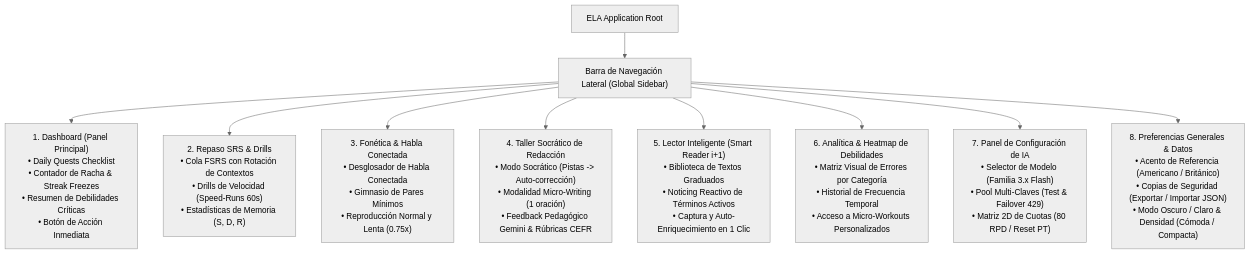
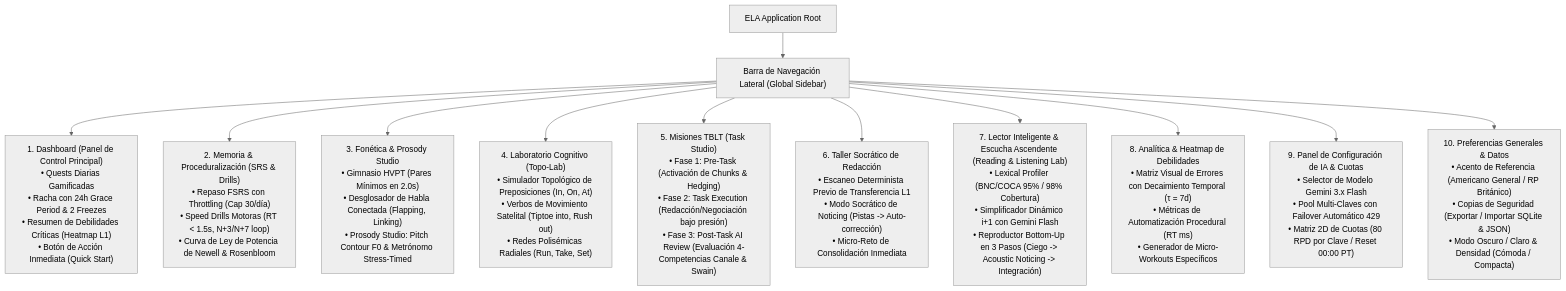
The diagram in docs/07_ui_ux_specifications/information_architecture.md (JosGRM21/english_learning_assistant), drawn with Mermaid (neutral theme) before and after one commit. The commit also changed other lines of this file and 142 other files, not shown here.

````diff
--- a/docs/07_ui_ux_specifications/information_architecture.md
+++ b/docs/07_ui_ux_specifications/information_architecture.md
@@ -10,20 +10,24 @@
 ```mermaid
 graph TD
     App["ELA Application Root"] --> Sidebar["Barra de Navegación Lateral (Global Sidebar)"]
     
-    Sidebar --> Nav1["1. Dashboard (Panel Principal)<br/>• Daily Quests Checklist<br/>• Contador de Racha & Streak Freezes<br/>• Resumen de Debilidades Críticas<br/>• Botón de Acción Inmediata"]
+    Sidebar --> Nav1["1. Dashboard (Panel de Control Principal)<br/>• Quests Diarias Gamificadas<br/>• Racha con 24h Grace Period & 2 Freezes<br/>• Resumen de Debilidades Críticas (Heatmap L1)<br/>• Botón de Acción Inmediata (Quick Start)"]
     
-    Sidebar --> Nav2["2. Repaso SRS & Drills<br/>• Cola FSRS con Rotación de Contextos<br/>• Drills de Velocidad (Speed-Runs 60s)<br/>• Estadísticas de Memoria (S, D, R)"]
+    Sidebar --> Nav2["2. Memoria & Proceduralización (SRS & Drills)<br/>• Repaso FSRS con Throttling (Cap 30/día)<br/>• Speed Drills Motoras (RT < 1.5s, N+3/N+7 loop)<br/>• Curva de Ley de Potencia de Newell & Rosenbloom"]
     
-    Sidebar --> Nav3["3. Fonética & Habla Conectada<br/>• Desglosador de Habla Conectada<br/>• Gimnasio de Pares Mínimos<br/>• Reproducción Normal y Lenta (0.75x)"]
+    Sidebar --> Nav3["3. Fonética & Prosody Studio<br/>• Gimnasio HVPT (Pares Mínimos en 2.0s)<br/>• Desglosador de Habla Conectada (Flapping, Linking)<br/>• Prosody Studio: Pitch Contour F0 & Metrónomo Stress-Timed"]
     
-    Sidebar --> Nav4["4. Taller Socrático de Redacción<br/>• Modo Socrático (Pistas -> Auto-corrección)<br/>• Modalidad Micro-Writing (1 oración)<br/>• Feedback Pedagógico Gemini & Rúbricas CEFR"]
+    Sidebar --> Nav4["4. Laboratorio Cognitivo (Topo-Lab)<br/>• Simulador Topológico de Preposiciones (In, On, At)<br/>• Verbos de Movimiento Satelital (Tiptoe into, Rush out)<br/>• Redes Polisémicas Radiales (Run, Take, Set)"]
     
-    Sidebar --> Nav5["5. Lector Inteligente (Smart Reader i+1)<br/>• Biblioteca de Textos Graduados<br/>• Noticing Reactivo de Términos Activos<br/>• Captura y Auto-Enriquecimiento en 1 Clic"]
+    Sidebar --> Nav5["5. Misiones TBLT (Task Studio)<br/>• Fase 1: Pre-Task (Activación de Chunks & Hedging)<br/>• Fase 2: Task Execution (Redacción/Negociación bajo presión)<br/>• Fase 3: Post-Task AI Review (Evaluación 4-Competencias Canale & Swain)"]
     
-    Sidebar --> Nav6["6. Analítica & Heatmap de Debilidades<br/>• Matriz Visual de Errores por Categoría<br/>• Historial de Frecuencia Temporal<br/>• Acceso a Micro-Workouts Personalizados"]
+    Sidebar --> Nav6["6. Taller Socrático de Redacción<br/>• Escaneo Determinista Previo de Transferencia L1<br/>• Modo Socrático de Noticing (Pistas -> Auto-corrección)<br/>• Micro-Reto de Consolidación Inmediata"]
     
-    Sidebar --> Nav7["7. Panel de Configuración de IA<br/>• Selector de Modelo (Familia 3.x Flash)<br/>• Pool Multi-Claves (Test & Failover 429)<br/>• Matriz 2D de Cuotas (80 RPD / Reset PT)"]
+    Sidebar --> Nav7["7. Lector Inteligente & Escucha Ascendente (Reading & Listening Lab)<br/>• Lexical Profiler (BNC/COCA 95% / 98% Cobertura)<br/>• Simplificador Dinámico i+1 con Gemini Flash<br/>• Reproductor Bottom-Up en 3 Pasos (Ciego -> Acoustic Noticing -> Integración)"]
     
-    Sidebar --> Nav8["8. Preferencias Generales & Datos<br/>• Acento de Referencia (Americano / Británico)<br/>• Copias de Seguridad (Exportar / Importar JSON)<br/>• Modo Oscuro / Claro & Densidad (Cómoda / Compacta)"]
+    Sidebar --> Nav8["8. Analítica & Heatmap de Debilidades<br/>• Matriz Visual de Errores con Decaimiento Temporal (τ = 7d)<br/>• Métricas de Automatización Procedural (RT ms)<br/>• Generador de Micro-Workouts Específicos"]
+    
+    Sidebar --> Nav9["9. Panel de Configuración de IA & Cuotas<br/>• Selector de Modelo Gemini 3.x Flash<br/>• Pool Multi-Claves con Failover Automático 429<br/>• Matriz 2D de Cuotas (80 RPD por Clave / Reset 00:00 PT)"]
+    
+    Sidebar --> Nav10["10. Preferencias Generales & Datos<br/>• Acento de Referencia (Americano General / RP Británico)<br/>• Copias de Seguridad (Exportar / Importar SQLite & JSON)<br/>• Modo Oscuro / Claro & Densidad (Cómoda / Compacta)"]
 ```
````
